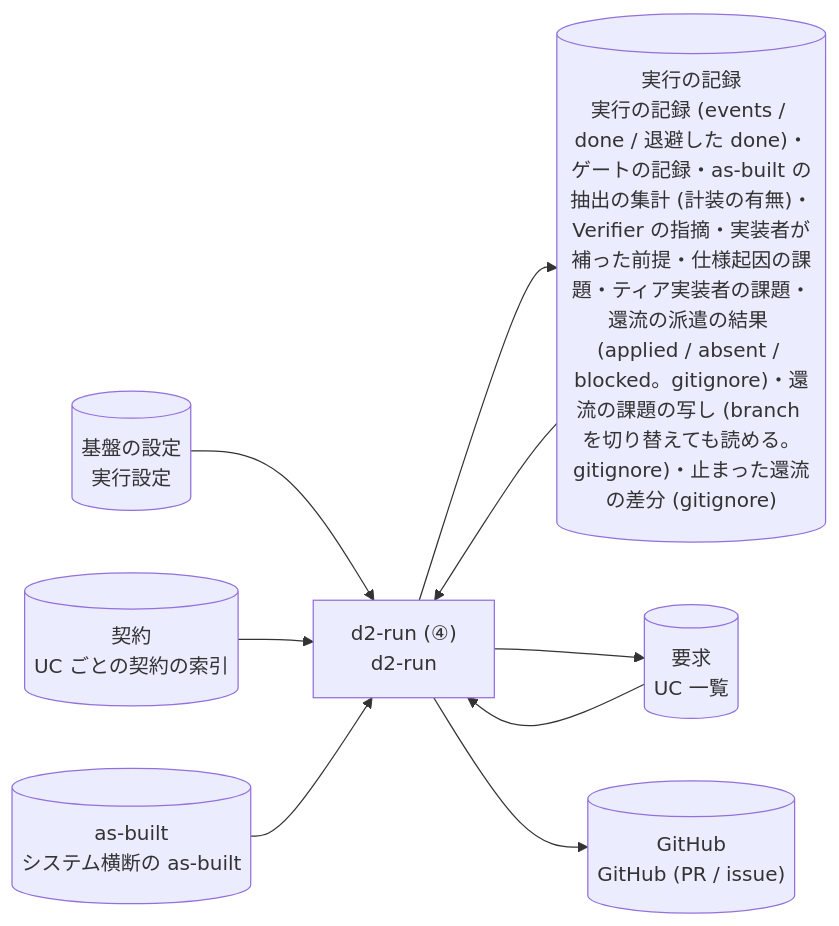
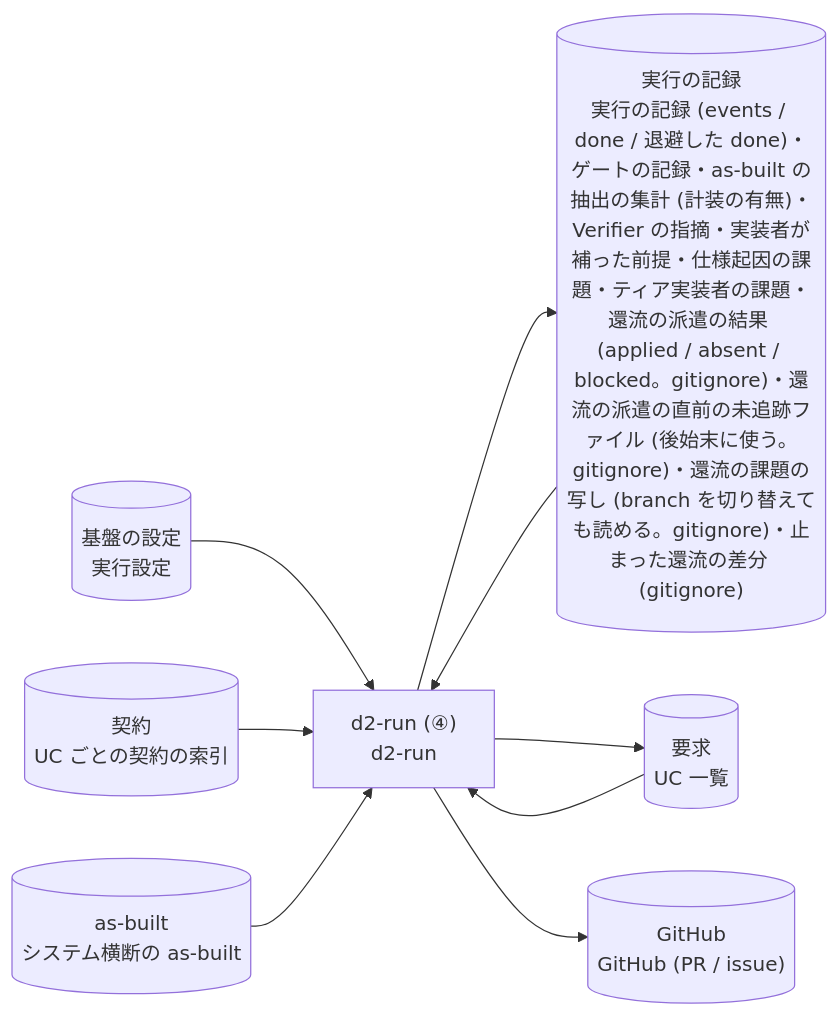
Before and after one commit to suwa-sh/suwa-sh-claude-plugins: diagram 28 of 43 in plugins/distillery2/skills/d2-common/references/dataflow.md, drawn with Mermaid. The commit also changed other lines of this file and 6 other files, not shown here.

````diff
--- a/plugins/distillery2/skills/d2-common/references/dataflow.md
+++ b/plugins/distillery2/skills/d2-common/references/dataflow.md
@@ -733,18 +733,18 @@
 ```mermaid
 flowchart LR
   p_run_uc["d2-run (④)<br/>d2-run"]
   g_settings[("基盤の設定<br/>実行設定")]
   g_requirements[("要求<br/>UC 一覧")]
-  g_run[("実行の記録<br/>実行の記録 (events / done / 退避した done)・ゲートの記録・as-built の抽出の集計 (計装の有無)・Verifier の指摘・実装者が補った前提・仕様起因の課題・ティア実装者の課題・還流の派遣の結果 (applied / absent / blocked。gitignore)・還流の課題の写し (branch を切り替えても読める。gitignore)・止まった還流の差分 (gitignore)")]
+  g_run[("実行の記録<br/>実行の記録 (events / done / 退避した done)・ゲートの記録・as-built の抽出の集計 (計装の有無)・Verifier の指摘・実装者が補った前提・仕様起因の課題・ティア実装者の課題・還流の派遣の結果 (applied / absent / blocked。gitignore)・還流の派遣の直前の未追跡ファイル (後始末に使う。gitignore)・還流の課題の写し (branch を切り替えても読める。gitignore)・止まった還流の差分 (gitignore)")]
   g_contracts[("契約<br/>UC ごとの契約の索引")]
   g_asbuilt[("as-built<br/>システム横断の as-built")]
   g_github[("GitHub<br/>GitHub (PR / issue)")]
   g_settings --> p_run_uc
   g_requirements --> p_run_uc
   g_run --> p_run_uc
   g_contracts --> p_run_uc
   g_asbuilt --> p_run_uc
   p_run_uc --> g_run
   p_run_uc --> g_requirements
   p_run_uc --> g_github
 ```
````
